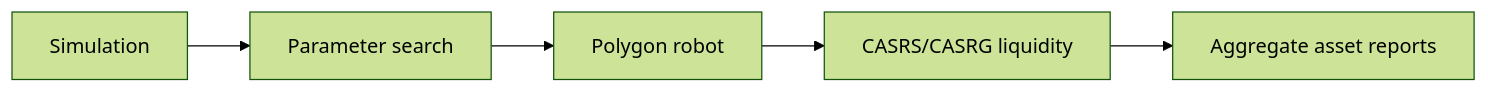
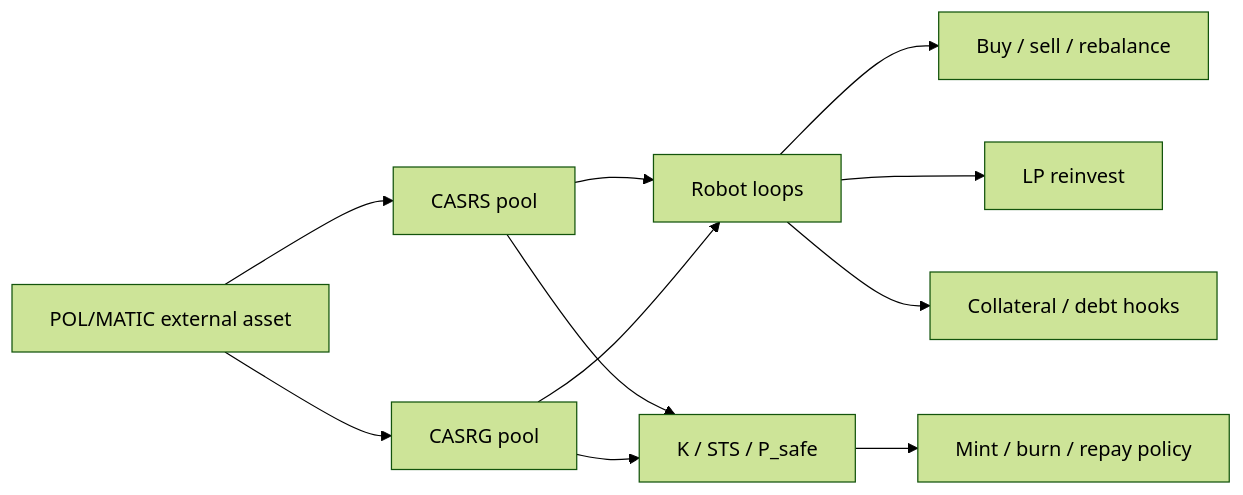
Before and after one commit to Shtenco/synergy_cashero: the diagram in README.md, drawn with Mermaid (forest theme). The commit also changed other lines of this file, not shown here.

Commit message:
docs: audit CASHERO runtime, reports and confirmed credential blocker

````diff
--- a/README.md
+++ b/README.md
@@ -141,7 +97,13 @@
 ```mermaid
 flowchart LR
-    SIM[Simulation] --> PARAM[Parameter search]
-    PARAM --> BOT[Polygon robot]
-    BOT --> LP[CASRS/CASRG liquidity]
-    LP --> REPORT[Aggregate asset reports]
+    POL[POL/MATIC external asset] --> RS[CASRS pool]
+    POL --> RG[CASRG pool]
+    RS --> BOT[Robot loops]
+    RG --> BOT
+    BOT --> BUY[Buy / sell / rebalance]
+    BOT --> LP[LP reinvest]
+    BOT --> DEBT[Collateral / debt hooks]
+    RS --> METRICS[K / STS / P_safe]
+    RG --> METRICS
+    METRICS --> POLICY[Mint / burn / repay policy]
 ```
````
